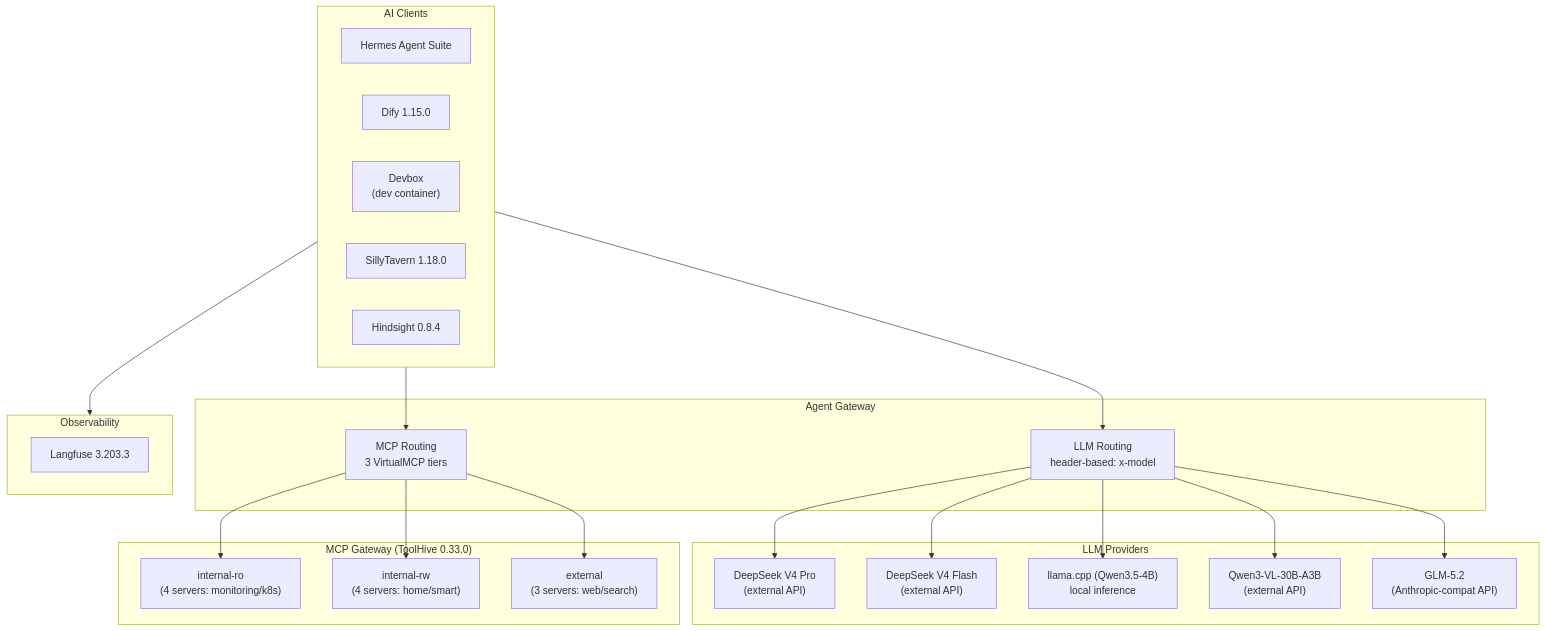
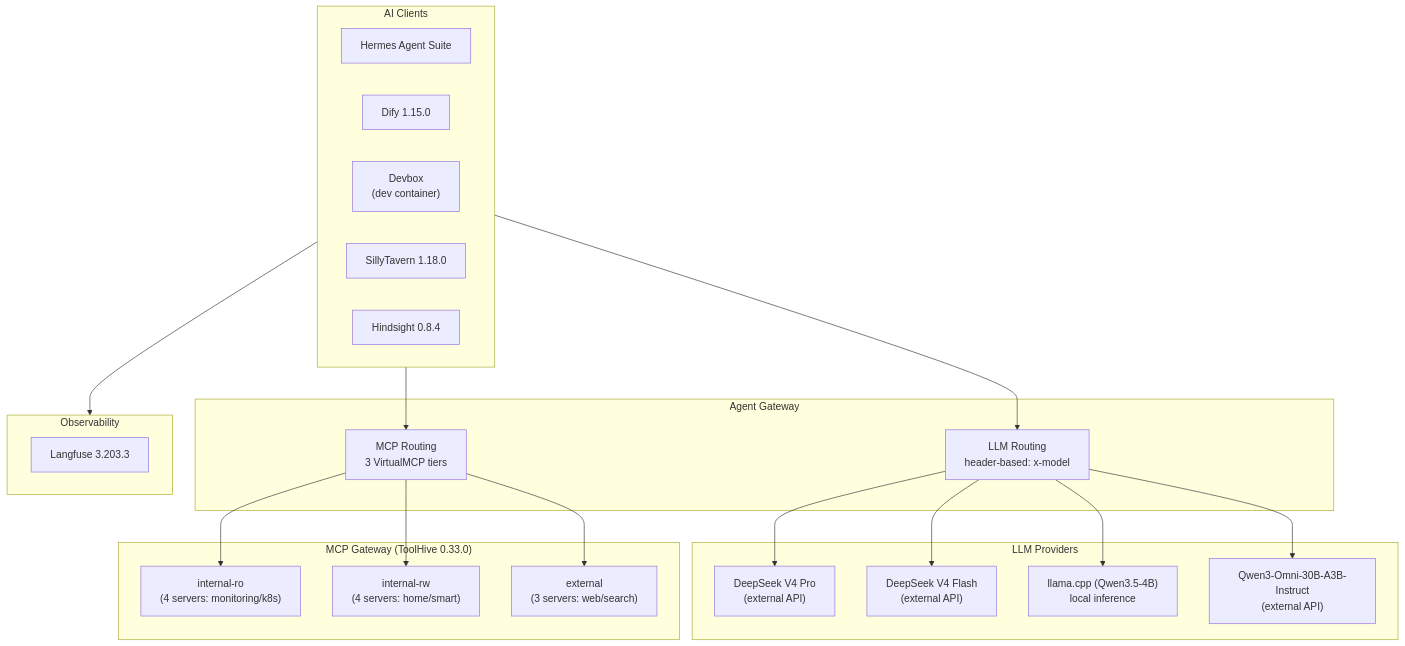
One commit to soulwhisper/homelab-ops changed the diagram in docs/ai-infra.md. Above: the diagram before and after it, drawn with Mermaid. The commit also changed other lines of this file and 4 other files, not shown here.

Commit message:
patch(app): replace llm-backend-vision with omni

````diff
--- a/docs/ai-infra.md
+++ b/docs/ai-infra.md
@@ -8,45 +8,43 @@
 ```mermaid
 flowchart TB
     subgraph Clients["AI Clients"]
         Hermes["Hermes Agent Suite"]
         Dify["Dify 1.15.0"]
         Devbox["Devbox<br/>(dev container)"]
         ST["SillyTavern 1.18.0"]
         HS["Hindsight 0.8.4"]
     end
 
     subgraph Gateway["Agent Gateway"]
         AG-LLM["LLM Routing<br/>header-based: x-model"]
         AG-MCP["MCP Routing<br/>3 VirtualMCP tiers"]
     end
 
     subgraph LLM["LLM Providers"]
         DS-Complex["DeepSeek V4 Pro<br/>(external API)"]
         DS-Fast["DeepSeek V4 Flash<br/>(external API)"]
         Local["llama.cpp (Qwen3.5-4B)<br/>local inference"]
-        SF-Vision["Qwen3-VL-30B-A3B<br/>(external API)"]
-        SF-Claude["GLM-5.2<br/>(Anthropic-compat API)"]
+        SF-Omni["Qwen3-Omni-30B-A3B-Instruct<br/>(external API)"]
     end
 
     subgraph MCP["MCP Gateway (ToolHive 0.33.0)"]
         VMCP-RO["internal-ro<br/>(4 servers: monitoring/k8s)"]
         VMCP-RW["internal-rw<br/>(4 servers: home/smart)"]
         VMCP-EXT["external<br/>(3 servers: web/search)"]
     end
 
     subgraph Obs["Observability"]
         Langfuse["Langfuse 3.203.3"]
     end
 
     Clients --> AG-LLM
     Clients --> AG-MCP
     AG-LLM --> DS-Complex
     AG-LLM --> DS-Fast
     AG-LLM --> Local
-    AG-LLM --> SF-Vision
-    AG-LLM --> SF-Claude
+    AG-LLM --> SF-Omni
     AG-MCP --> VMCP-RO
     AG-MCP --> VMCP-RW
     AG-MCP --> VMCP-EXT
     Clients --> Obs
 ```
````
